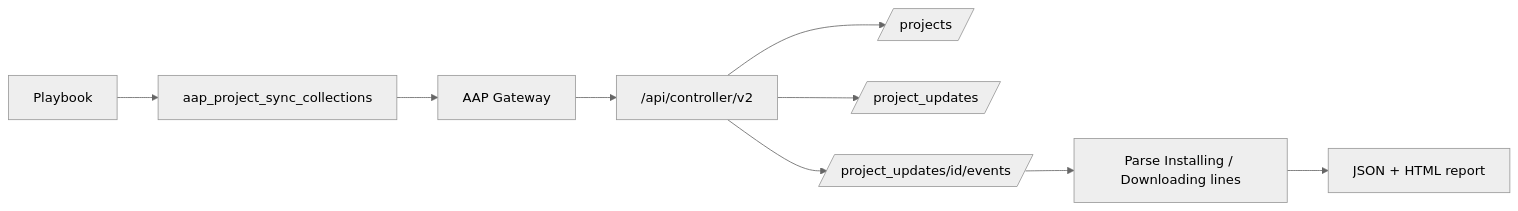
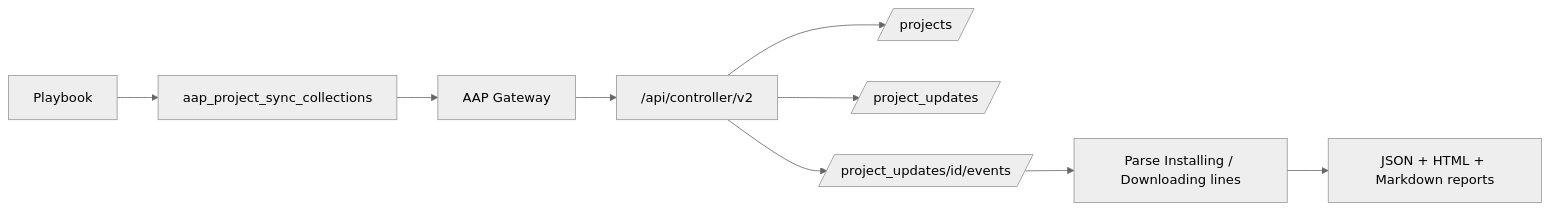
The diagram in demo-aap-project-sync-collections/README.md (lennysh/ansible-playground), drawn with Mermaid (neutral theme) before and after one commit. The commit also changed other lines of this file and 9 other files, not shown here.

````diff
--- a/demo-aap-project-sync-collections/README.md
+++ b/demo-aap-project-sync-collections/README.md
@@ -9,11 +9,11 @@
 ```mermaid
 flowchart LR
   PB[Playbook] --> M[aap_project_sync_collections]
   M --> GW[AAP Gateway]
   GW --> API["/api/controller/v2"]
   API --> P[/projects/]
   API --> U[/project_updates/]
   API --> E[/project_updates/id/events/]
   E --> PARSE[Parse Installing / Downloading lines]
-  PARSE --> R[JSON + HTML report]
+  PARSE --> R[JSON + HTML + Markdown reports]
 ```
````
